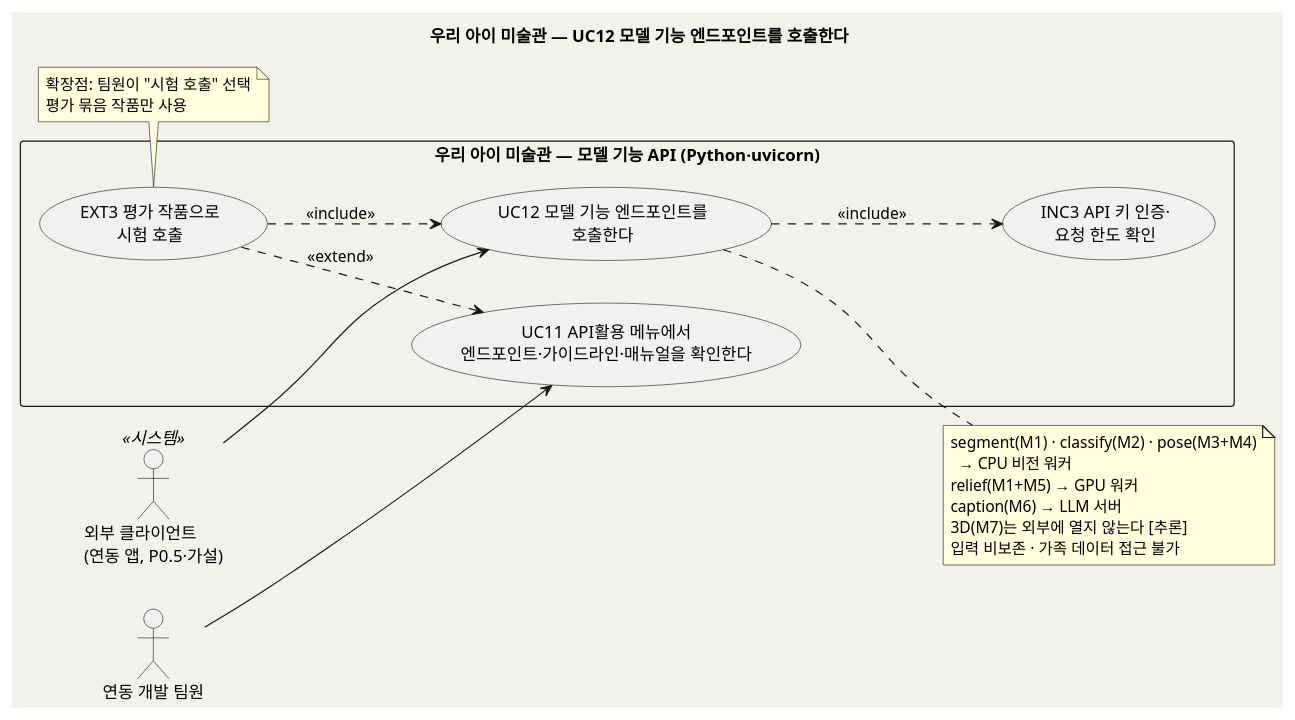
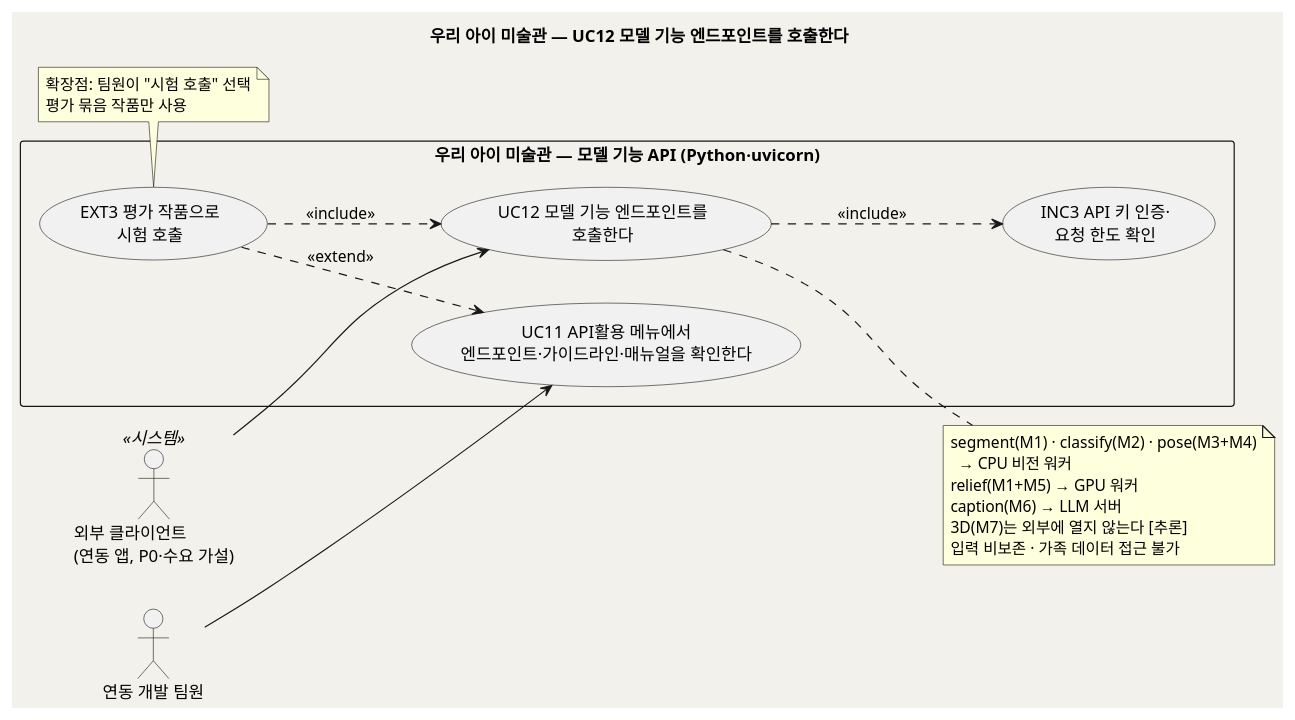
One commit to kids-gallery/uri-gallery changed the first of 2 diagrams in design/UC_12_모델기능호출.md. Above: the diagram before and after it, drawn with PlantUML. The commit also changed other lines of this file and 9 other files, not shown here.

````diff
--- a/design/UC_12_모델기능호출.md
+++ b/design/UC_12_모델기능호출.md
@@ -53,37 +54,37 @@
 ```plantuml
 @startuml uc_uri_ai_12
 skinparam backgroundColor #F3F1EB
 skinparam shadowing false
 left to right direction
 title 우리 아이 미술관 — UC12 모델 기능 엔드포인트를 호출한다
 
-actor "외부 클라이언트\n(연동 앱, P0.5·가설)" as Client <<시스템>>
+actor "외부 클라이언트\n(연동 앱, P0·수요 가설)" as Client <<시스템>>
 actor "연동 개발 팀원" as Dev
 
 rectangle "우리 아이 미술관 — 모델 기능 API (Python·uvicorn)" {
   usecase "UC12 모델 기능 엔드포인트를\n호출한다" as UC12
   usecase "INC3 API 키 인증·\n요청 한도 확인" as INC3
   usecase "UC11 API활용 메뉴에서\n엔드포인트·가이드라인·매뉴얼을 확인한다" as UC11
   usecase "EXT3 평가 작품으로\n시험 호출" as EXT3
 }
 
 Client --> UC12
 Dev --> UC11
 UC12 ..> INC3 : <<include>>
 EXT3 ..> UC11 : <<extend>>
 EXT3 ..> UC12 : <<include>>
 
 note right of UC12
   segment(M1) · classify(M2) · pose(M3+M4)
     → CPU 비전 워커
   relief(M1+M5) → GPU 워커
   caption(M6) → LLM 서버
   3D(M7)는 외부에 열지 않는다 [추론]
   입력 비보존 · 가족 데이터 접근 불가
 end note
 note bottom of EXT3
   확장점: 팀원이 "시험 호출" 선택
   평가 묶음 작품만 사용
 end note
 @enduml
 ```
````
